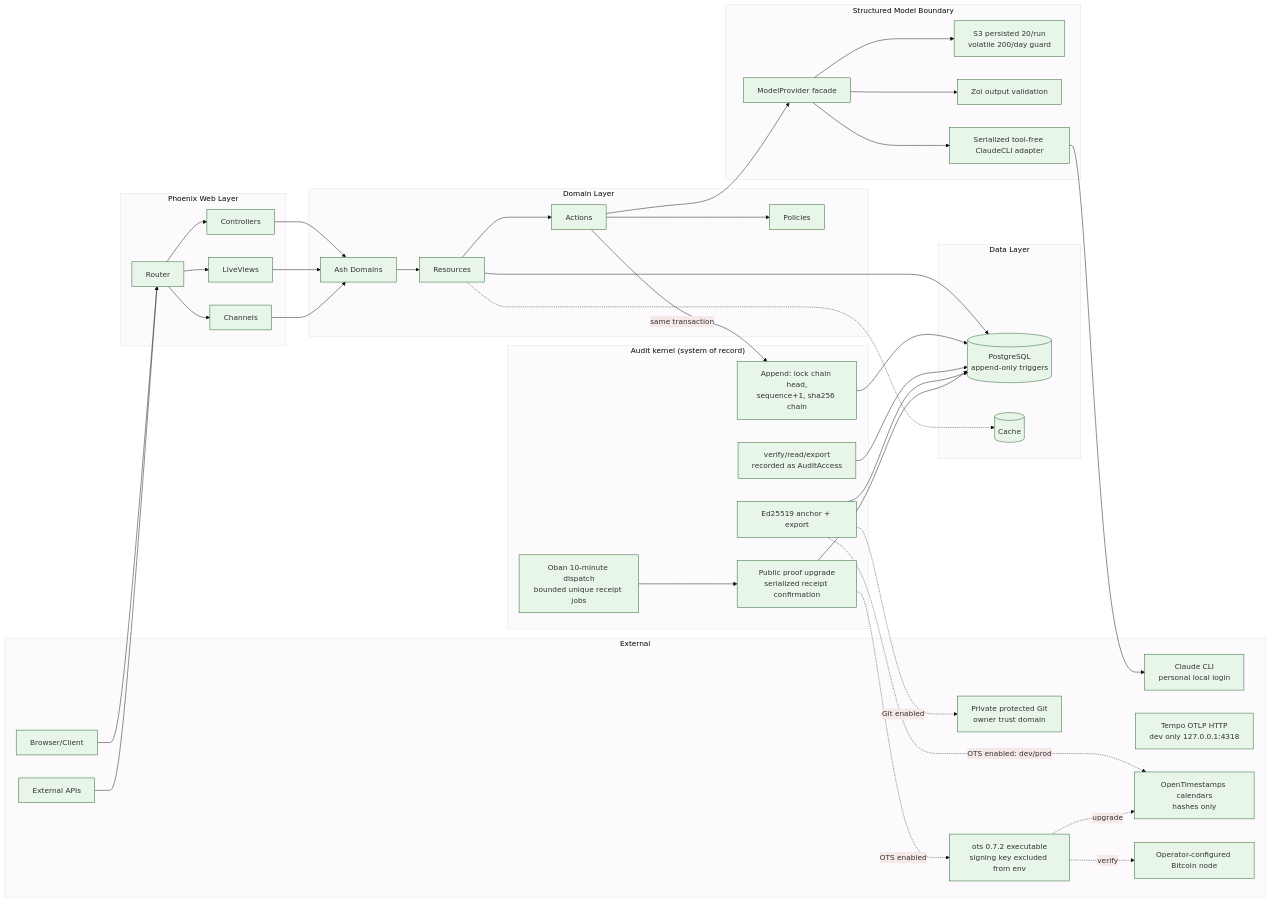
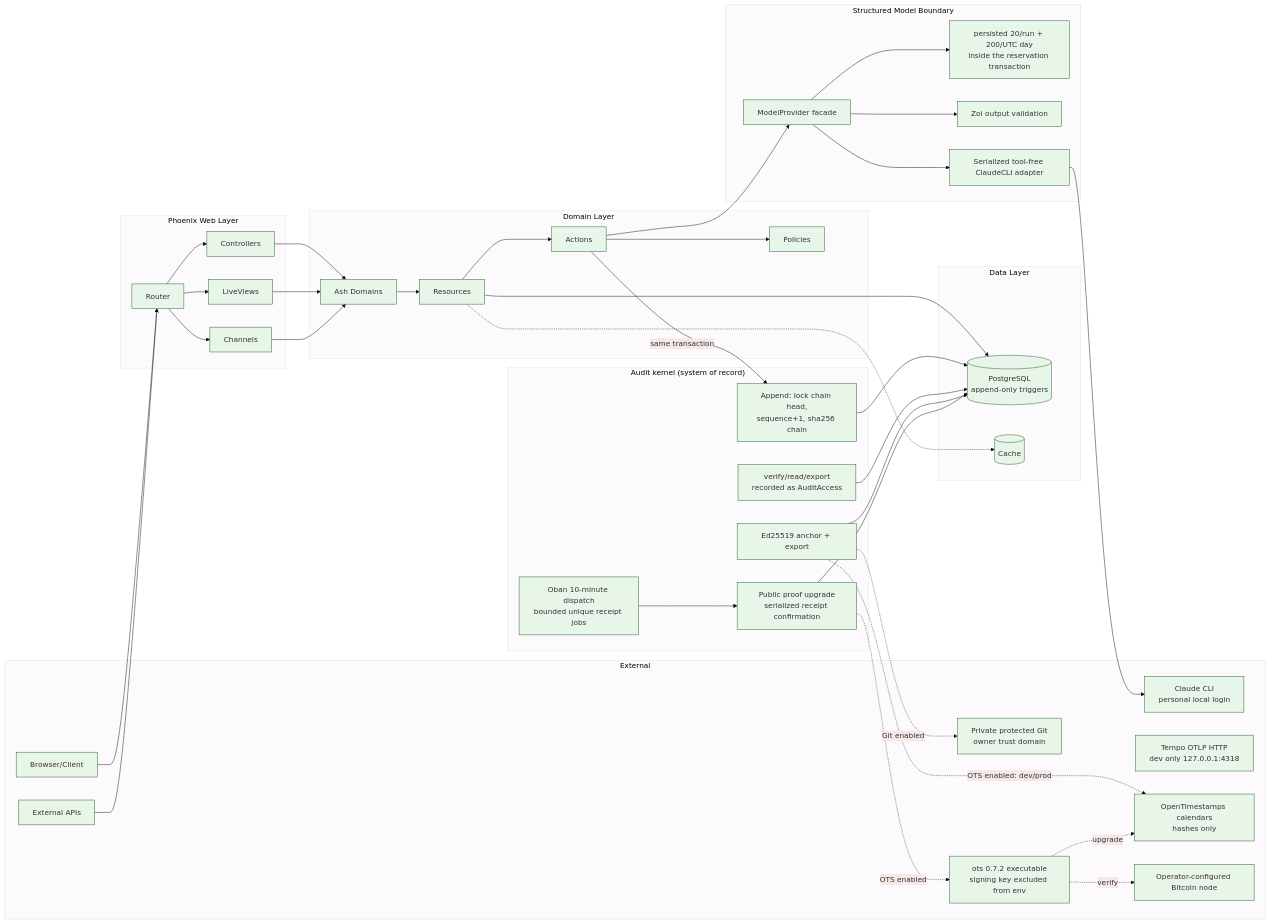
The diagram in docs/architecture/data-flow.mmd (chops/sdr_agent), drawn with Mermaid before and after one commit. The commit also changed 5 other files, not shown here.

Commit message:
S7a: architecture diagrams — Operations domain, persisted budgets

```diff
--- a/docs/architecture/data-flow.mmd
+++ b/docs/architecture/data-flow.mmd
@@ -1,80 +1,80 @@
 %%{init: {'theme': 'base', 'themeVariables': { 'primaryColor': '#e8f5e9', 'primaryBorderColor': '#1b5e20'}}}%%
 flowchart LR
     subgraph External["External"]
         Browser[Browser/Client]
         API[External APIs]
         Claude[Claude CLI<br/>personal local login]
         Tempo[Tempo OTLP HTTP<br/>dev only 127.0.0.1:4318]
         AnchorGit[Private protected Git<br/>owner trust domain]
         OTS[OpenTimestamps calendars<br/>hashes only]
         OTSCLI[ots 0.7.2 executable<br/>signing key excluded from env]
         Bitcoin[Operator-configured Bitcoin node]
     end
 
     subgraph Web["Phoenix Web Layer"]
         Router[Router]
         Controllers[Controllers]
         LiveViews[LiveViews]
         Channels[Channels]
     end
 
     subgraph Domain["Domain Layer"]
         Domains[Ash Domains]
         Resources[Resources]
         Actions[Actions]
         Policies[Policies]
     end
 
     subgraph Data["Data Layer"]
         Postgres[(PostgreSQL<br/>append-only triggers)]
         Cache[(Cache)]
     end
 
     subgraph AuditKernel["Audit kernel (system of record)"]
         Append[Append: lock chain head,<br/>sequence+1, sha256 chain]
         Verify[verify/read/export<br/>recorded as AuditAccess]
         Anchor[Ed25519 anchor + export]
         Upgrade[Public proof upgrade<br/>serialized receipt confirmation]
         UpgradeJobs[Oban 10-minute dispatch<br/>bounded unique receipt jobs]
     end
 
     subgraph AI["Structured Model Boundary"]
         Provider[ModelProvider facade]
-        Budget[S3 persisted 20/run<br/>volatile 200/day guard]
+        Budget[persisted 20/run + 200/UTC day<br/>inside the reservation transaction]
         Validation[Zoi output validation]
         Adapter[Serialized tool-free ClaudeCLI adapter]
     end
 
     Browser --> Router
     API --> Router
     Router --> Controllers
     Router --> LiveViews
     Router --> Channels
     Controllers --> Domains
     LiveViews --> Domains
     Channels --> Domains
     Domains --> Resources
     Resources --> Actions
     Actions --> Policies
     Resources --> Postgres
     Actions -- same transaction --> Append
     Append --> Postgres
     Verify --> Postgres
     Anchor --> Postgres
     Anchor -. Git enabled .-> AnchorGit
     Anchor -. OTS enabled: dev/prod .-> OTS
     UpgradeJobs --> Upgrade
     Upgrade --> Postgres
     Upgrade -. OTS enabled .-> OTSCLI
     OTSCLI -. upgrade .-> OTS
     OTSCLI -. verify .-> Bitcoin
     Actions --> Provider
     Provider --> Budget
     Provider --> Validation
     Provider --> Adapter
     Adapter --> Claude
     Resources -.-> Cache
 
     %% Project shape: single
     %% Detected data layers:
     %% - AshPostgres (PostgreSQL)
```
